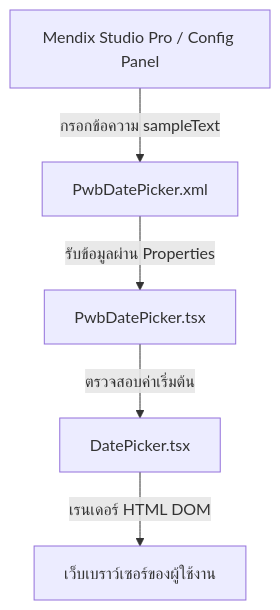
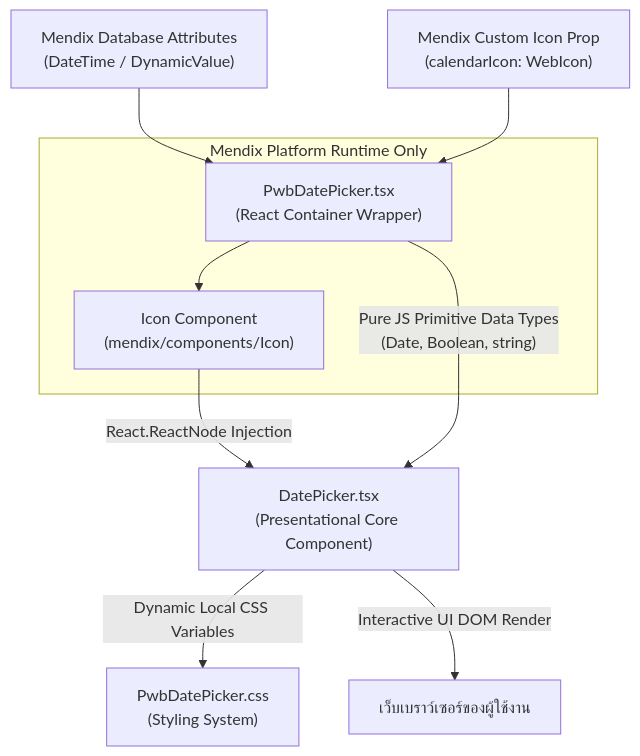
Before and after one commit to Lapat1560700104/Customize-mendix-widget-pwb-antigravity: the diagram in Document/widget_overview.md, drawn with Mermaid. The commit also changed other lines of this file and 1 other file, not shown here.

````diff
--- a/Document/widget_overview.md
+++ b/Document/widget_overview.md
@@ -20,7 +23,15 @@
 ```mermaid
 graph TD
-    M["Mendix Studio Pro / Config Panel"] -- "กรอกข้อความ sampleText" --> XML["PwbDatePicker.xml"]
-    XML -- "รับข้อมูลผ่าน Properties" --> TSX["PwbDatePicker.tsx"]
-    TSX -- "ตรวจสอบค่าเริ่มต้น" --> COMP["DatePicker.tsx"]
-    COMP -- "เรนเดอร์ HTML DOM" --> Browser["เว็บเบราว์เซอร์ของผู้ใช้งาน"]
+    MendixAttr["Mendix Database Attributes<br>(DateTime / DynamicValue)"] --> Wrapper["PwbDatePicker.tsx<br>(React Container Wrapper)"]
+    MendixIcon["Mendix Custom Icon Prop<br>(calendarIcon: WebIcon)"] --> Wrapper
+    
+    subgraph Mendix Platform Runtime Only
+        Wrapper --> MendixIconRender["Icon Component<br>(mendix/components/Icon)"]
+    end
+    
+    MendixIconRender -- "React.ReactNode Injection" --> Presenter["DatePicker.tsx<br>(Presentational Core Component)"]
+    Wrapper -- "Pure JS Primitive Data Types<br>(Date, Boolean, string)" --> Presenter
+    
+    Presenter -- "Dynamic Local CSS Variables" --> CSS["PwbDatePicker.css<br>(Styling System)"]
+    Presenter -- "Interactive UI DOM Render" --> Browser["เว็บเบราว์เซอร์ของผู้ใช้งาน"]
 ```
````
